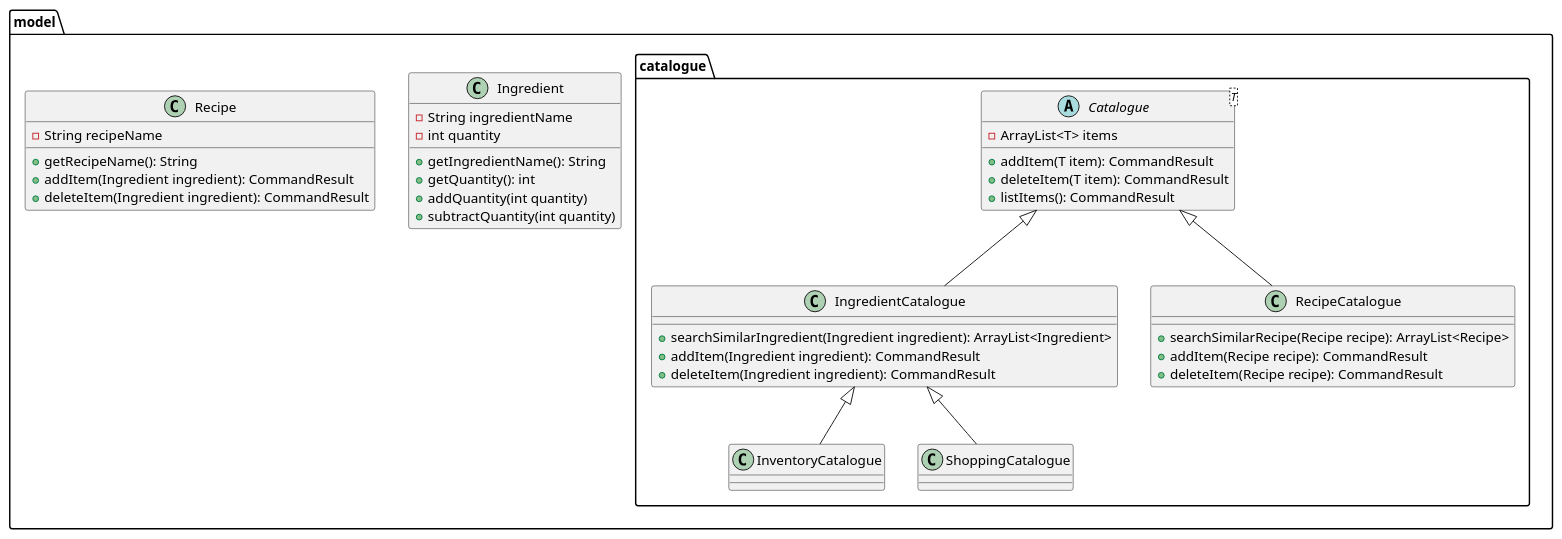
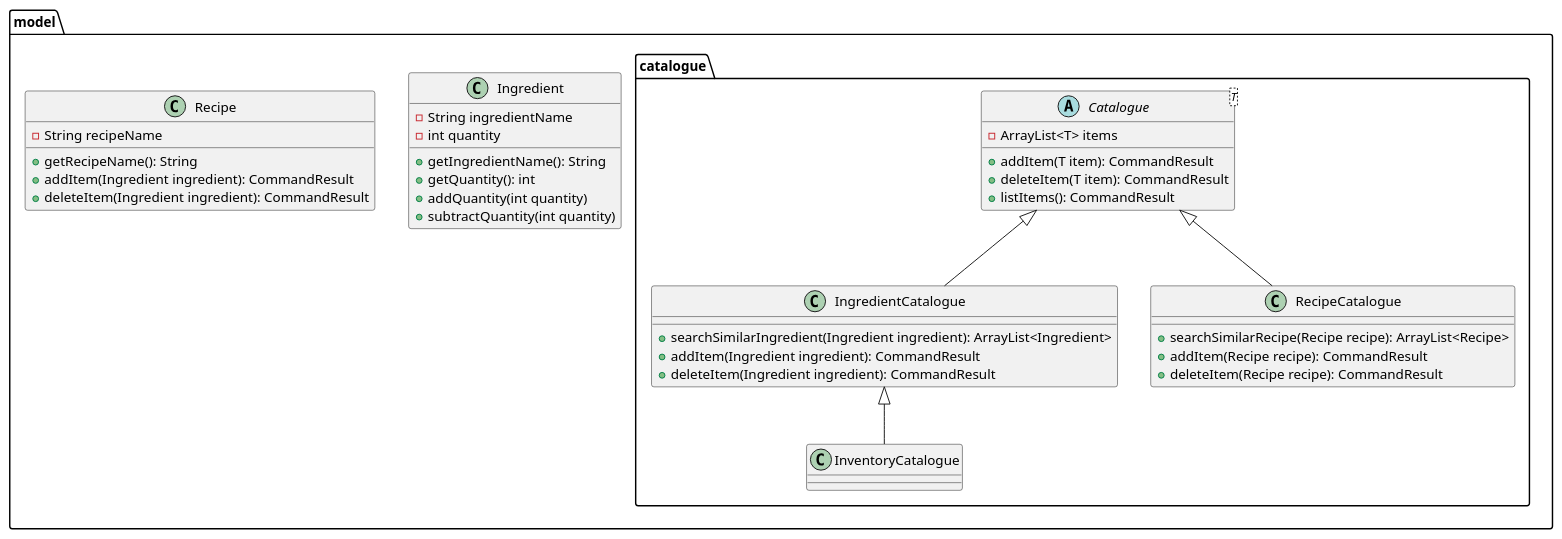
One commit to ChingWhee/tp changed the diagram in docs/diagrams/model.puml. Above: the diagram before and after it, drawn with PlantUML. The commit also changed 13 other files, not shown here.

```diff
--- a/docs/diagrams/model.puml
+++ b/docs/diagrams/model.puml
@@ -1,42 +1,41 @@
 @startuml
 package "model" {
     class Ingredient {
         -String ingredientName
         -int quantity
         +getIngredientName(): String
         +getQuantity(): int
         +addQuantity(int quantity)
         +subtractQuantity(int quantity)
     }
 
     class Recipe {
         -String recipeName
         +getRecipeName(): String
         +addItem(Ingredient ingredient): CommandResult
         +deleteItem(Ingredient ingredient): CommandResult
     }
 
     package "catalogue" {
         abstract class Catalogue<T> {
             -ArrayList<T> items
             +addItem(T item): CommandResult
             +deleteItem(T item): CommandResult
             +listItems(): CommandResult
         }
 
         class IngredientCatalogue extends Catalogue<Ingredient> {
             +searchSimilarIngredient(Ingredient ingredient): ArrayList<Ingredient>
             +addItem(Ingredient ingredient): CommandResult
             +deleteItem(Ingredient ingredient): CommandResult
         }
 
         class InventoryCatalogue extends IngredientCatalogue
-        class ShoppingCatalogue extends IngredientCatalogue
         class RecipeCatalogue extends Catalogue<Recipe> {
             +searchSimilarRecipe(Recipe recipe): ArrayList<Recipe>
             +addItem(Recipe recipe): CommandResult
             +deleteItem(Recipe recipe): CommandResult
         }
     }
 }
 @enduml
```
